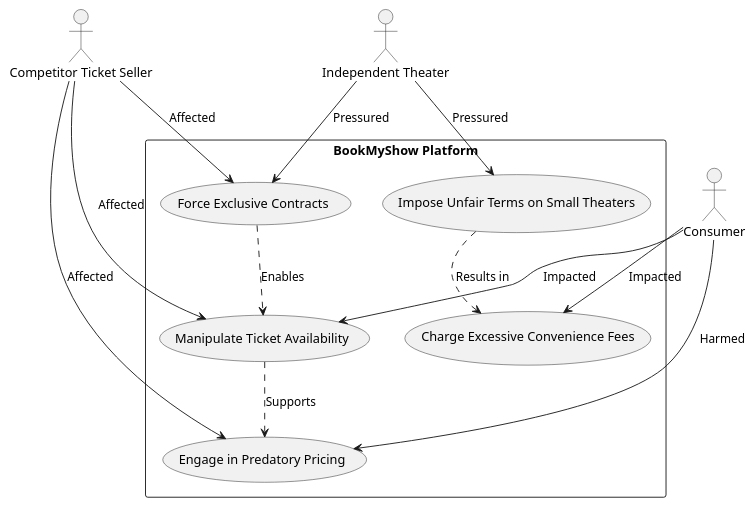
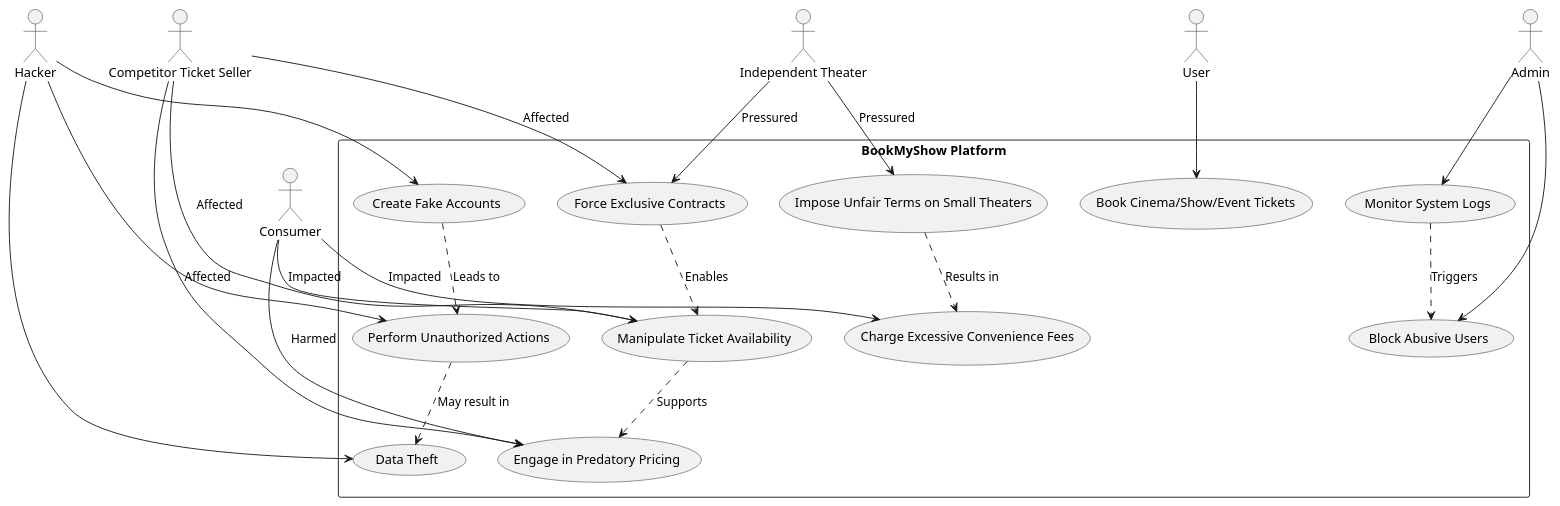
Before and after one commit to piyushkumar079/CSITTeam012: the diagram in Assignment 02/abusecasediagram.puml, drawn with PlantUML.

```diff
--- a/Assignment 02/abusecasediagram.puml
+++ b/Assignment 02/abusecasediagram.puml
@@ -1,30 +1,50 @@
 @startuml
 
 actor "Competitor Ticket Seller" as Competitor
 actor "Independent Theater" as Theater
 actor "Consumer" as Consumer
+actor User
+actor Hacker
+actor Admin
 
 rectangle "BookMyShow Platform" as System {
     usecase "Force Exclusive Contracts" as UC_ExclusiveContracts
     usecase "Charge Excessive Convenience Fees" as UC_HighFees
     usecase "Manipulate Ticket Availability" as UC_TicketManipulation
     usecase "Impose Unfair Terms on Small Theaters" as UC_UnfairTerms
     usecase "Engage in Predatory Pricing" as UC_PredatoryPricing
+    usecase "Book Cinema/Show/Event Tickets" as UC_BookTickets
+    usecase "Create Fake Accounts" as UC_FakeAccounts
+    usecase "Perform Unauthorized Actions" as UC_UnauthorizedActions
+    usecase "Data Theft" as UC_DataTheft
+    usecase "Monitor System Logs" as UC_MonitorLogs
+    usecase "Block Abusive Users" as UC_BlockUsers
 }
 
 Competitor --> UC_ExclusiveContracts : Affected
 Competitor --> UC_TicketManipulation : Affected
 Competitor --> UC_PredatoryPricing : Affected
 
 Theater --> UC_ExclusiveContracts : Pressured
 Theater --> UC_UnfairTerms : Pressured
 
 Consumer --> UC_HighFees : Impacted
 Consumer --> UC_TicketManipulation : Impacted
 Consumer --> UC_PredatoryPricing : Harmed
 
+User --> UC_BookTickets
+Hacker --> UC_FakeAccounts
+Hacker --> UC_UnauthorizedActions
+Hacker --> UC_DataTheft
+Admin --> UC_MonitorLogs
+Admin --> UC_BlockUsers
+
 UC_ExclusiveContracts ..> UC_TicketManipulation : "Enables"
 UC_TicketManipulation ..> UC_PredatoryPricing : "Supports"
 UC_UnfairTerms ..> UC_HighFees : "Results in"
 
+UC_FakeAccounts ..> UC_UnauthorizedActions : "Leads to"
+UC_UnauthorizedActions ..> UC_DataTheft : "May result in"
+UC_MonitorLogs ..> UC_BlockUsers : "Triggers"
+
 @enduml
```
